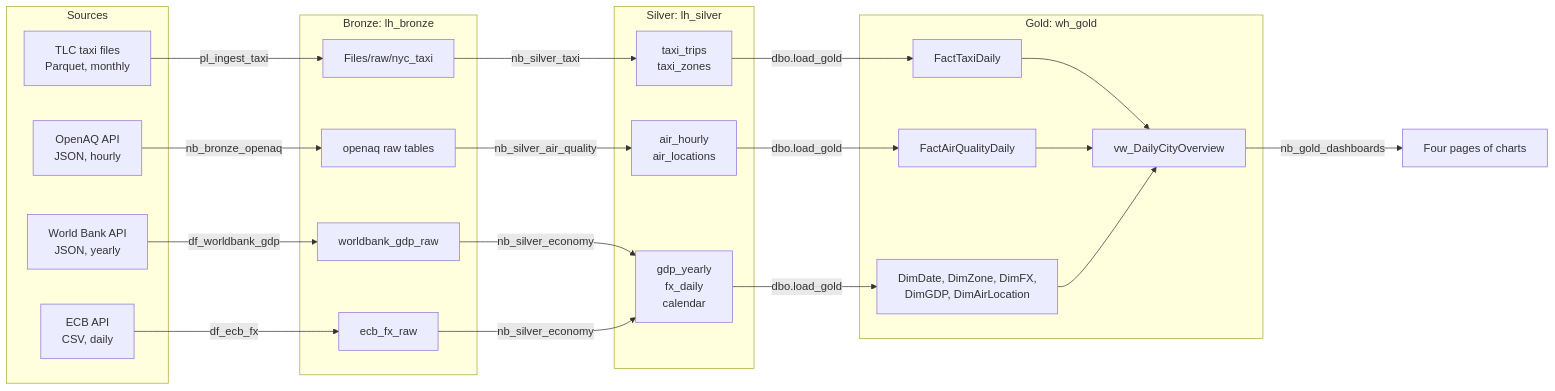
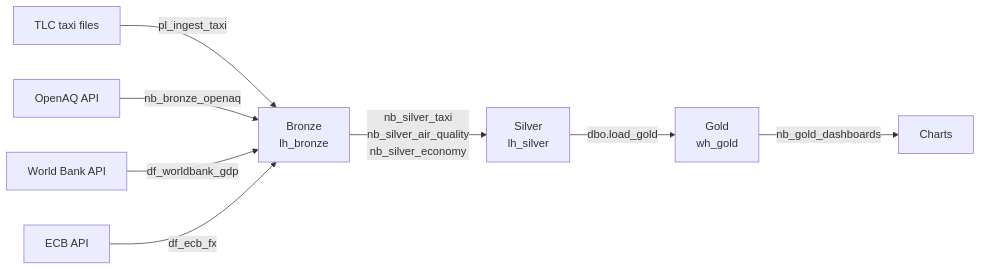
The diagram in README.md (unicalp/course_project_itransition), drawn with Mermaid before and after one commit. The commit also changed other lines of this file, not shown here.

````diff
--- a/README.md
+++ b/README.md
@@ -33,47 +30,10 @@
 ```mermaid
 flowchart LR
-    subgraph Sources
-        A1["TLC taxi files<br/>Parquet, monthly"]
-        A2["OpenAQ API<br/>JSON, hourly"]
-        A3["World Bank API<br/>JSON, yearly"]
-        A4["ECB API<br/>CSV, daily"]
-    end
-
-    subgraph Bronze ["Bronze: lh_bronze"]
-        B1["Files/raw/nyc_taxi"]
-        B2["openaq raw tables"]
-        B3[worldbank_gdp_raw]
-        B4[ecb_fx_raw]
-    end
-
-    subgraph Silver ["Silver: lh_silver"]
-        S1["taxi_trips<br/>taxi_zones"]
-        S2["air_hourly<br/>air_locations"]
-        S3["gdp_yearly<br/>fx_daily<br/>calendar"]
-    end
-
-    subgraph Gold ["Gold: wh_gold"]
-        G1[FactTaxiDaily]
-        G2[FactAirQualityDaily]
-        G3["DimDate, DimZone, DimFX,<br/>DimGDP, DimAirLocation"]
-        G4[vw_DailyCityOverview]
-    end
-
-    A1 -->|pl_ingest_taxi| B1
-    A2 -->|nb_bronze_openaq| B2
-    A3 -->|df_worldbank_gdp| B3
-    A4 -->|df_ecb_fx| B4
-
-    B1 -->|nb_silver_taxi| S1
-    B2 -->|nb_silver_air_quality| S2
-    B3 -->|nb_silver_economy| S3
-    B4 -->|nb_silver_economy| S3
-
-    S1 -->|dbo.load_gold| G1
-    S2 -->|dbo.load_gold| G2
-    S3 -->|dbo.load_gold| G3
-    G1 --> G4
-    G2 --> G4
-    G3 --> G4
-    G4 -->|nb_gold_dashboards| D["Four pages of charts"]
+    T["TLC taxi files"] -->|pl_ingest_taxi| B["Bronze<br/>lh_bronze"]
+    O["OpenAQ API"] -->|nb_bronze_openaq| B
+    W["World Bank API"] -->|df_worldbank_gdp| B
+    E["ECB API"] -->|df_ecb_fx| B
+    B -->|nb_silver_taxi<br/>nb_silver_air_quality<br/>nb_silver_economy| S["Silver<br/>lh_silver"]
+    S -->|dbo.load_gold| G["Gold<br/>wh_gold"]
+    G -->|nb_gold_dashboards| C["Charts"]
 ```
````
